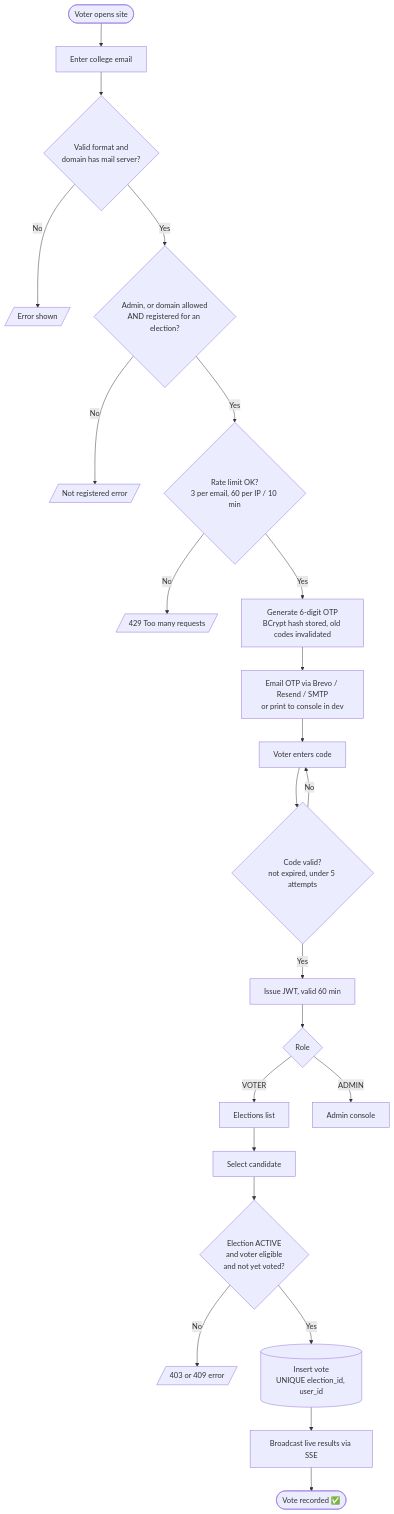
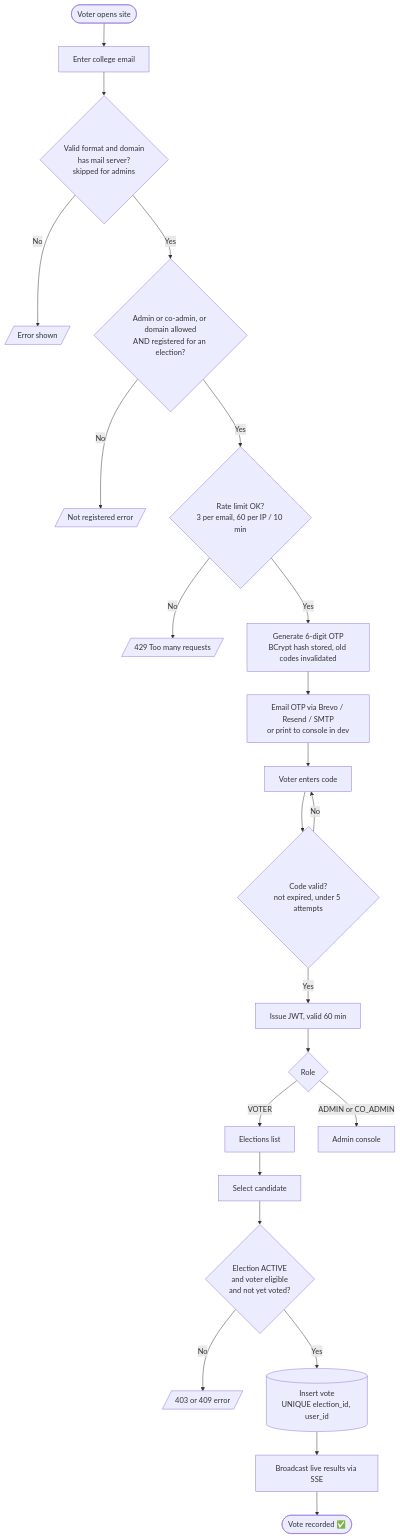
One commit to itz-Arun-001/online_voting_system changed the first of 6 diagrams in README.md. Above: the diagram before and after it, drawn with Mermaid. The commit also changed other lines of this file and 1 other file, not shown here.

Commit message:
Update README: co-admins, applications, announcements, receipts

````diff
--- a/README.md
+++ b/README.md
@@ -70,25 +78,25 @@
 ```mermaid
 flowchart TD
     A([Voter opens site]) --> B[Enter college email]
-    B --> C{Valid format and<br/>domain has mail server?}
+    B --> C{Valid format and domain<br/>has mail server?<br/>skipped for admins}
     C -- No --> X1[/Error shown/]
-    C -- Yes --> D{Admin, or domain allowed<br/>AND registered for an election?}
+    C -- Yes --> D{Admin or co-admin, or domain allowed<br/>AND registered for an election?}
     D -- No --> X2[/Not registered error/]
     D -- Yes --> E{Rate limit OK?<br/>3 per email, 60 per IP / 10 min}
     E -- No --> X3[/429 Too many requests/]
     E -- Yes --> F[Generate 6-digit OTP<br/>BCrypt hash stored, old codes invalidated]
     F --> G[Email OTP via Brevo / Resend / SMTP<br/>or print to console in dev]
     G --> H[Voter enters code]
     H --> I{Code valid?<br/>not expired, under 5 attempts}
     I -- No --> H
     I -- Yes --> J[Issue JWT, valid 60 min]
     J --> K{Role}
     K -- VOTER --> L[Elections list]
-    K -- ADMIN --> M[Admin console]
+    K -- ADMIN or CO_ADMIN --> M[Admin console]
     L --> N[Select candidate]
     N --> O{Election ACTIVE<br/>and voter eligible<br/>and not yet voted?}
     O -- No --> X4[/403 or 409 error/]
     O -- Yes --> P[(Insert vote<br/>UNIQUE election_id, user_id)]
     P --> Q[Broadcast live results via SSE]
     Q --> R([Vote recorded ✅])
 ```
````
